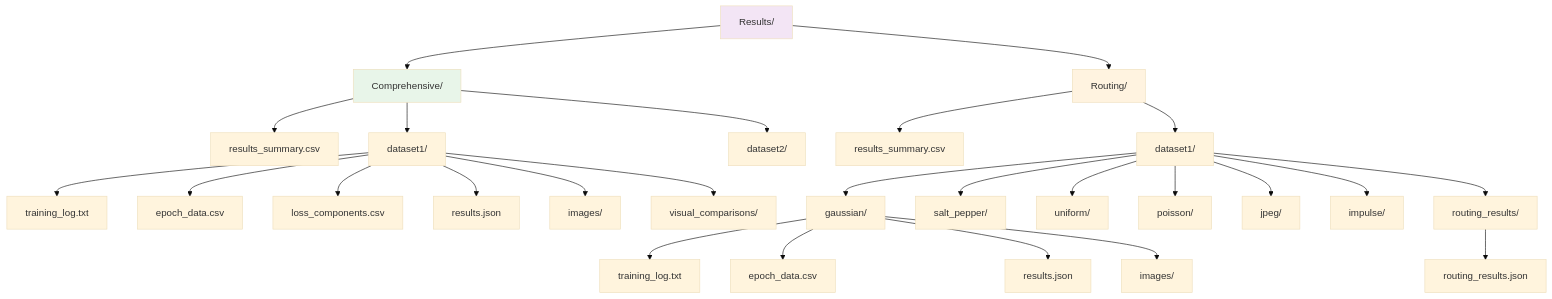
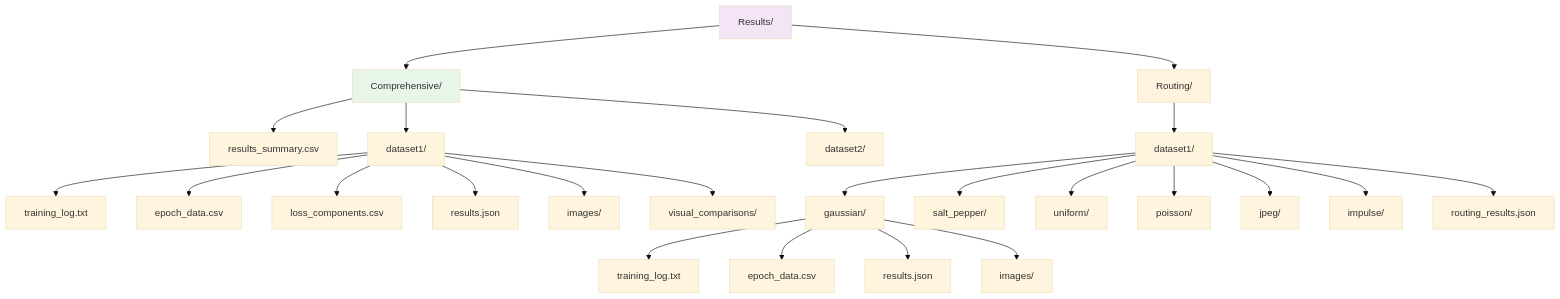
One commit to alexneilgreen/Adaptive-Noise-Type-Routing-for-CNN-Denoising changed the fourth of 5 diagrams in README.md. Above: the diagram before and after it, drawn with Mermaid (base theme). The commit also changed other lines of this file and 1 other file, not shown here.

````diff
--- a/README.md
+++ b/README.md
@@ -246,38 +251,35 @@
 ```mermaid
 graph TD
     A[Results/] --> B[Comprehensive/]
     A --> C[Routing/]
     
     B --> B1[results_summary.csv]
     B --> B2[dataset1/]
     B --> B3[dataset2/]
     
     B2 --> B2A[training_log.txt]
     B2 --> B2B[epoch_data.csv]
     B2 --> B2C[loss_components.csv]
     B2 --> B2D[results.json]
     B2 --> B2E[images/]
     B2 --> B2F[visual_comparisons/]
     
-    C --> C1[results_summary.csv]
     C --> C2[dataset1/]
     
     C2 --> C2A[gaussian/]
     C2 --> C2B[salt_pepper/]
     C2 --> C2C[uniform/]
     C2 --> C2D[poisson/]
     C2 --> C2E[jpeg/]
     C2 --> C2F[impulse/]
-    C2 --> C2G[routing_results/]
+    C2 --> C2G[routing_results.json]
     
     C2A --> C2A1[training_log.txt]
     C2A --> C2A2[epoch_data.csv]
     C2A --> C2A3[results.json]
     C2A --> C2A4[images/]
     
-    C2G --> C2G1[routing_results.json]
-    
     style A fill:#f3e5f5
     style B fill:#e8f5e9
     style C fill:#fff3e0
 ```
````
